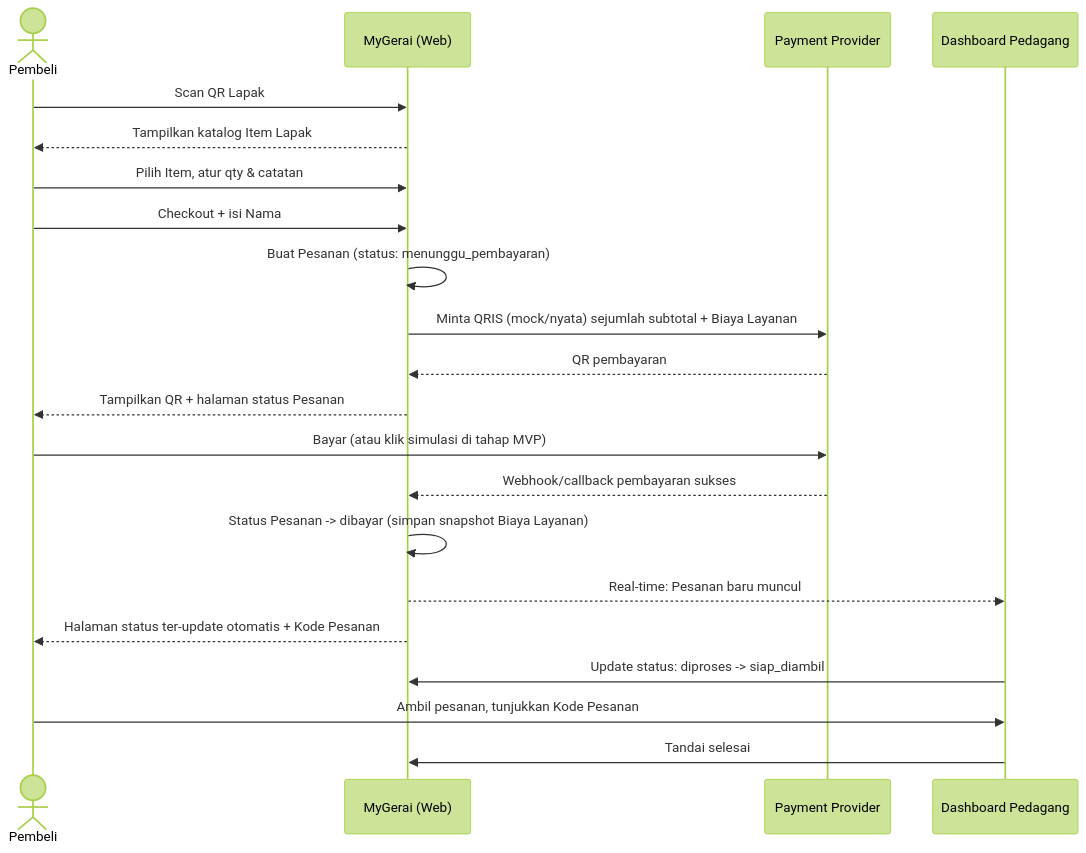
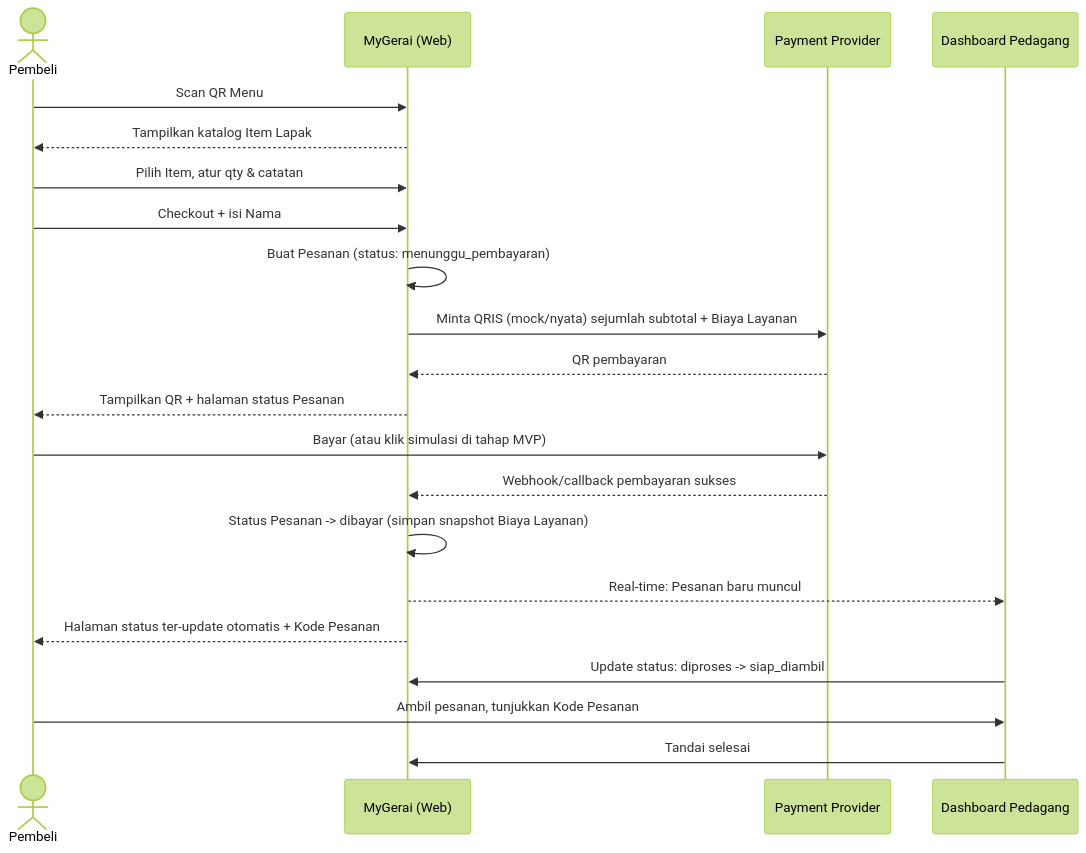
The diagram in docs/PRD.md (WeirdoKitten/My-Gerai), drawn with Mermaid (forest theme) before and after one commit. The commit also changed other lines of this file and 21 other files, not shown here.

First line of the commit message:
feat(ui): "QR Lapak" → "QR Menu", tombol salin link, konfirmasi Keluar

````diff
--- a/docs/PRD.md
+++ b/docs/PRD.md
@@ -77,24 +77,24 @@
 ```mermaid
 sequenceDiagram
     actor P as Pembeli
     participant App as MyGerai (Web)
     participant PG as Payment Provider
     participant Ped as Dashboard Pedagang
 
-    P->>App: Scan QR Lapak
+    P->>App: Scan QR Menu
     App-->>P: Tampilkan katalog Item Lapak
     P->>App: Pilih Item, atur qty & catatan
     P->>App: Checkout + isi Nama
     App->>App: Buat Pesanan (status: menunggu_pembayaran)
     App->>PG: Minta QRIS (mock/nyata) sejumlah subtotal + Biaya Layanan
     PG-->>App: QR pembayaran
     App-->>P: Tampilkan QR + halaman status Pesanan
     P->>PG: Bayar (atau klik simulasi di tahap MVP)
     PG-->>App: Webhook/callback pembayaran sukses
     App->>App: Status Pesanan -> dibayar (simpan snapshot Biaya Layanan)
     App-->>Ped: Real-time: Pesanan baru muncul
     App-->>P: Halaman status ter-update otomatis + Kode Pesanan
     Ped->>App: Update status: diproses -> siap_diambil
     P->>Ped: Ambil pesanan, tunjukkan Kode Pesanan
     Ped->>App: Tandai selesai
 ```
````
